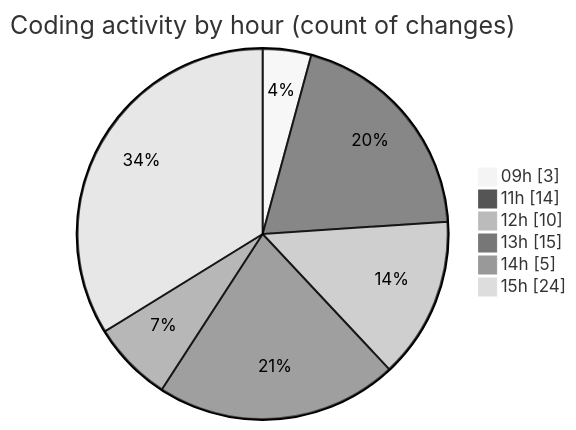
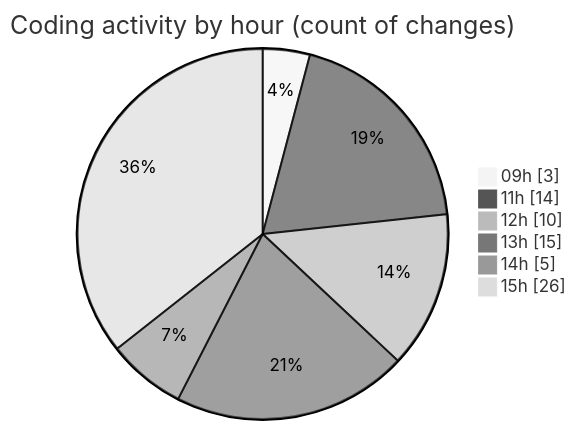
Before and after one commit to momahboobian/code-tracking: the second of 2 diagrams in 2026-05-14/cda/README.md, drawn with Mermaid (neutral theme). The commit also changed other lines of this file and 1 other file, not shown here.

````diff
--- a/2026-05-14/cda/README.md
+++ b/2026-05-14/cda/README.md
@@ -48,10 +48,10 @@
 ```mermaid
 pie showData
 title Coding activity by hour (count of changes)
 "09h" : 3
 "11h" : 14
 "12h" : 10
 "13h" : 15
 "14h" : 5
-"15h" : 24
+"15h" : 26
 ```
````
